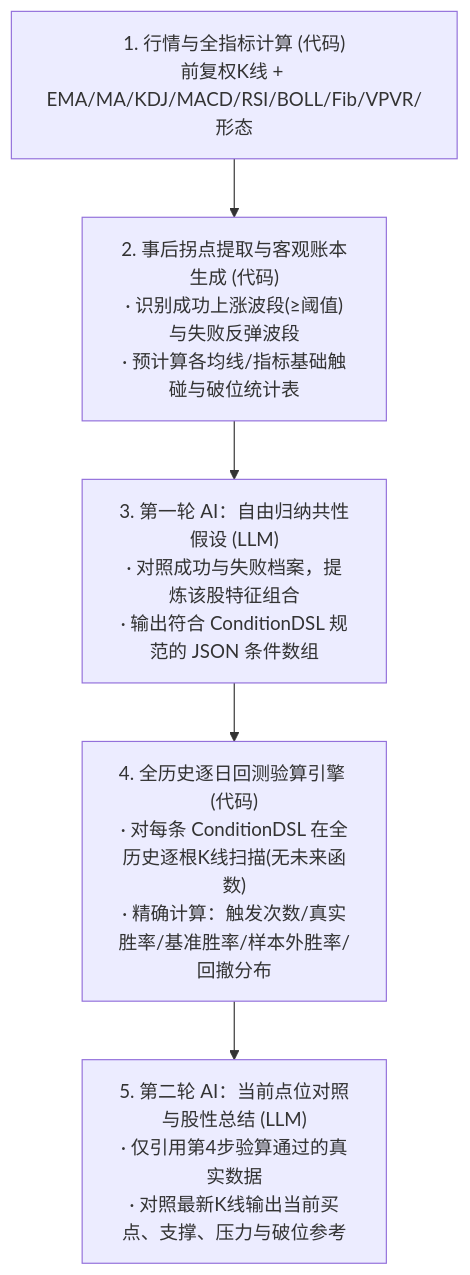
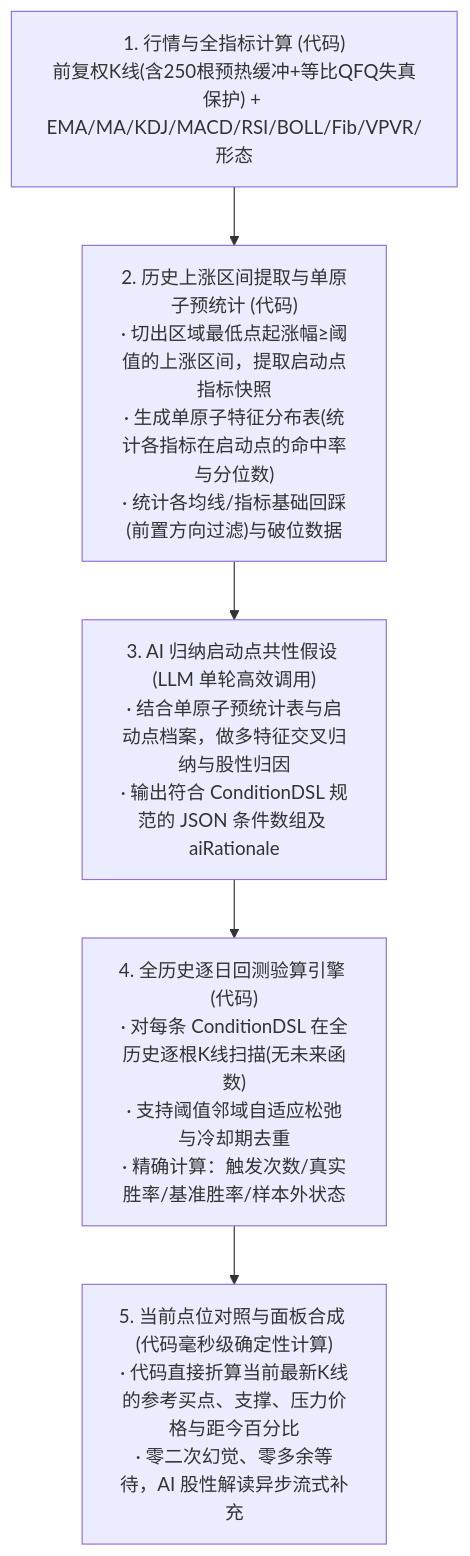
The diagram in docs/开发文档.md (gunzero5158/rooftop-hindsight), drawn with Mermaid before and after one commit. The commit also changed other lines of this file and 37 other files, not shown here.

Commit message:
feat: complete rooftop-hindsight v0.3.0 with core backtest engine, AI pipeline, and chart dashboard

````diff
--- a/docs/开发文档.md
+++ b/docs/开发文档.md
@@ -119,7 +121,7 @@
 ```mermaid
 flowchart TD
-    A["1. 行情与全指标计算 (代码)\n前复权K线 + EMA/MA/KDJ/MACD/RSI/BOLL/Fib/VPVR/形态"] --> B["2. 事后拐点提取与客观账本生成 (代码)\n· 识别成功上涨波段(≥阈值)与失败反弹波段\n· 预计算各均线/指标基础触碰与破位统计表"]
-    B --> C["3. 第一轮 AI：自由归纳共性假设 (LLM)\n· 对照成功与失败档案，提炼该股特征组合\n· 输出符合 ConditionDSL 规范的 JSON 条件数组"]
-    C --> D["4. 全历史逐日回测验算引擎 (代码)\n· 对每条 ConditionDSL 在全历史逐根K线扫描(无未来函数)\n· 精确计算：触发次数/真实胜率/基准胜率/样本外胜率/回撤分布"]
-    D --> E["5. 第二轮 AI：当前点位对照与股性总结 (LLM)\n· 仅引用第4步验算通过的真实数据\n· 对照最新K线输出当前买点、支撑、压力与破位参考"]
+    A["1. 行情与全指标计算 (代码)\n前复权K线(含250根预热缓冲+等比QFQ失真保护) + EMA/MA/KDJ/MACD/RSI/BOLL/Fib/VPVR/形态"] --> B["2. 历史上涨区间提取与单原子预统计 (代码)\n· 切出区域最低点起涨幅≥阈值的上涨区间，提取启动点指标快照\n· 生成单原子特征分布表(统计各指标在启动点的命中率与分位数)\n· 统计各均线/指标基础回踩(前置方向过滤)与破位数据"]
+    B --> C["3. AI 归纳启动点共性假设 (LLM 单轮高效调用)\n· 结合单原子预统计表与启动点档案，做多特征交叉归纳与股性归因\n· 输出符合 ConditionDSL 规范的 JSON 条件数组及 aiRationale"]
+    C --> D["4. 全历史逐日回测验算引擎 (代码)\n· 对每条 ConditionDSL 在全历史逐根K线扫描(无未来函数)\n· 支持阈值邻域自适应松弛与冷却期去重\n· 精确计算：触发次数/真实胜率/基准胜率/样本外状态"]
+    D --> E["5. 当前点位对照与面板合成 (代码毫秒级确定性计算)\n· 代码直接折算当前最新K线的参考买点、支撑、压力价格与距今百分比\n· 零二次幻觉、零多余等待，AI 股性解读异步流式补充"]
 ```
````
